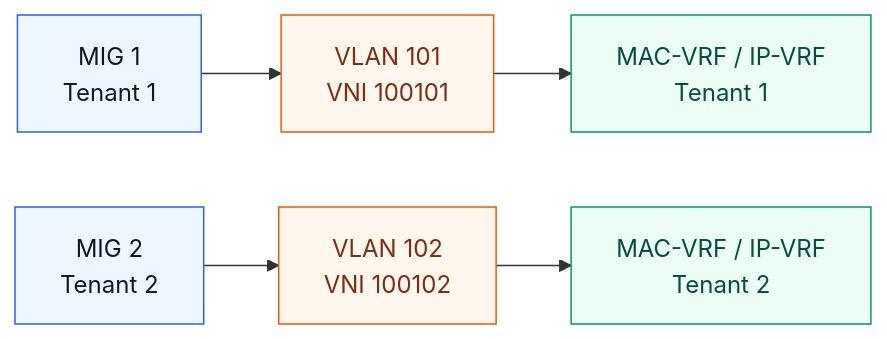
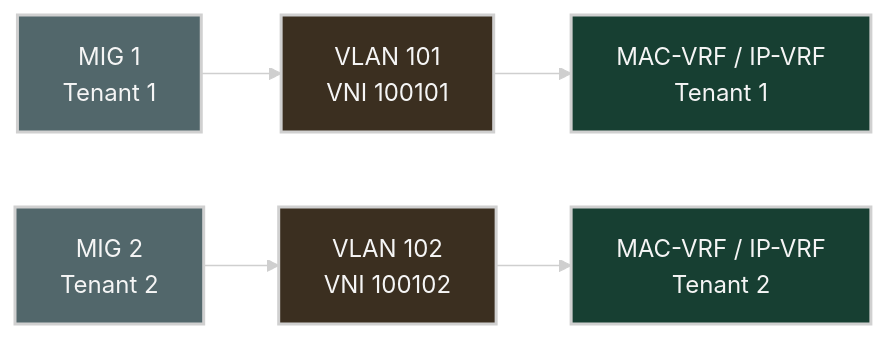
One commit to ziwon/ai-data-center-network changed the seventh of 11 diagrams in ai-data-center-network/chap08/README.md. Above: the diagram before and after it, drawn with Mermaid. The commit also changed other lines of this file and 35 other files, not shown here.

Commit message:
docs(mermaid): apply dark diagram style

````diff
--- a/ai-data-center-network/chap08/README.md
+++ b/ai-data-center-network/chap08/README.md
@@ -590,16 +596,17 @@
 ```mermaid
+%%{init: {"theme": "base", "themeVariables": {"background": "#171717", "primaryColor": "#232323", "primaryTextColor": "#f5f5f5", "primaryBorderColor": "#d0d0d0", "lineColor": "#cfcfcf", "fontFamily": "Inter, Arial, sans-serif"}}}%%
 flowchart LR
-    classDef gpu fill:#eef6ff,stroke:#2563eb,color:#0f172a
-    classDef vlan fill:#fff7ed,stroke:#ea580c,color:#7c2d12
-    classDef vrf fill:#ecfdf5,stroke:#059669,color:#064e3b
+    classDef gpu fill:#52676b,stroke:#d0d0d0,color:#f5f5f5,stroke-width:2px;
+    classDef vlan fill:#3b2f20,stroke:#d0d0d0,color:#f5f5f5,stroke-width:2px;
+    classDef vrf fill:#173f32,stroke:#d0d0d0,color:#f5f5f5,stroke-width:2px;
 
     M1[MIG 1<br/>Tenant 1]:::gpu
     M2[MIG 2<br/>Tenant 2]:::gpu
     V1[VLAN 101<br/>VNI 100101]:::vlan
     V2[VLAN 102<br/>VNI 100102]:::vlan
     R1[MAC-VRF / IP-VRF<br/>Tenant 1]:::vrf
     R2[MAC-VRF / IP-VRF<br/>Tenant 2]:::vrf
 
     M1 --> V1 --> R1
     M2 --> V2 --> R2
 ```
````
